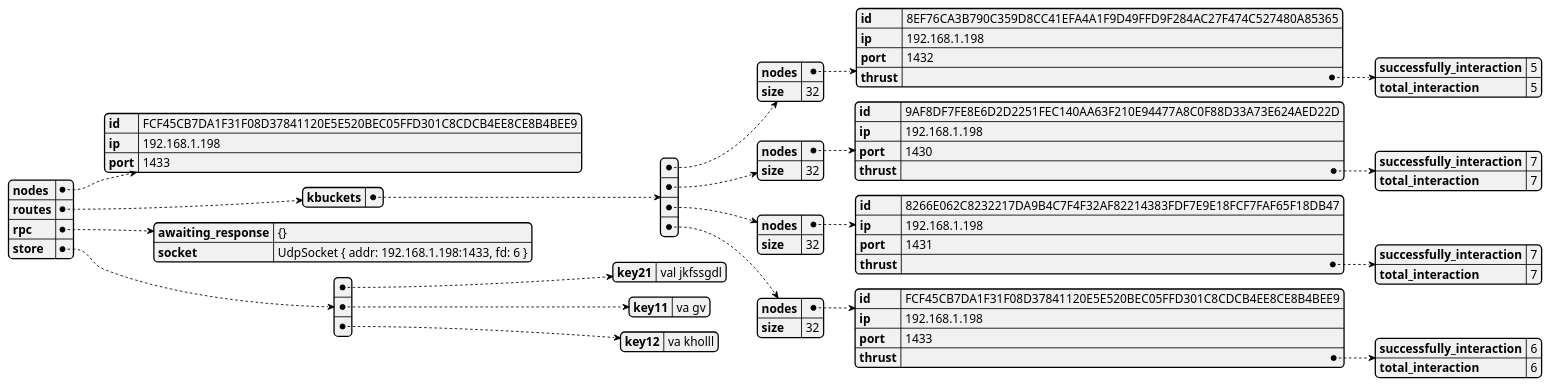
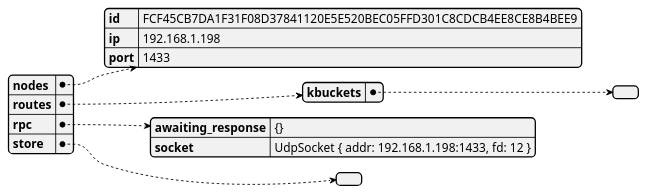
The diagram in src/distributed_legder/state_dumps/test-contact-3.json.plantuml (GoliathHagar/distributed_legder_kademlia), drawn with PlantUML before and after one commit. The commit also changed 8 other files, not shown here.

```diff
--- a/src/distributed_legder/state_dumps/test-contact-3.json.plantuml
+++ b/src/distributed_legder/state_dumps/test-contact-3.json.plantuml
@@ -1,3 +1,3 @@
 @startjson
-{"nodes":{"id":"FCF45CB7DA1F31F08D37841120E5E520BEC05FFD301C8CDCB4EE8CE8B4BEE9","ip":"192.168.1.198","port":1433},"routes":{"kbuckets":[{"nodes":{"id":"8EF76CA3B790C359D8CC41EFA4A1F9D49FFD9F284AC27F474C527480A85365","ip":"192.168.1.198","port":1432,"thrust":{"successfully_interaction":5,"total_interaction":5}},"size":32},{"nodes":{"id":"9AF8DF7FE8E6D2D2251FEC140AA63F210E94477A8C0F88D33A73E624AED22D","ip":"192.168.1.198","port":1430,"thrust":{"successfully_interaction":7,"total_interaction":7}},"size":32},{"nodes":{"id":"8266E062C8232217DA9B4C7F4F32AF82214383FDF7E9E18FCF7FAF65F18DB47","ip":"192.168.1.198","port":1431,"thrust":{"successfully_interaction":7,"total_interaction":7}},"size":32},{"nodes":{"id":"FCF45CB7DA1F31F08D37841120E5E520BEC05FFD301C8CDCB4EE8CE8B4BEE9","ip":"192.168.1.198","port":1433,"thrust":{"successfully_interaction":6,"total_interaction":6}},"size":32}]},"rpc":{"awaiting_response":"{}","socket":"UdpSocket { addr: 192.168.1.198:1433, fd: 6 }"},"store":[{"key21":"val jkfssgdl"},{"key11":"va gv"},{"key12":"va kholll"}]}
+{"nodes":{"id":"FCF45CB7DA1F31F08D37841120E5E520BEC05FFD301C8CDCB4EE8CE8B4BEE9","ip":"192.168.1.198","port":1433},"routes":{"kbuckets":[]},"rpc":{"awaiting_response":"{}","socket":"UdpSocket { addr: 192.168.1.198:1433, fd: 12 }"},"store":[]}
 @endjson
```
